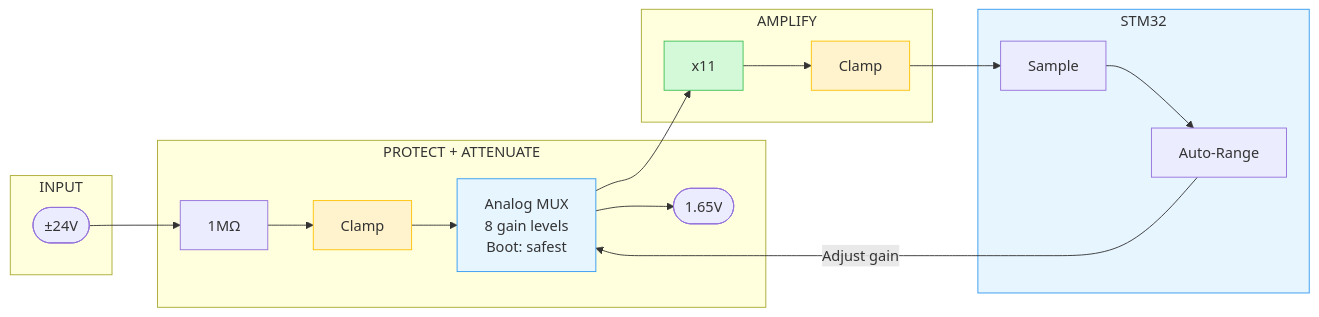
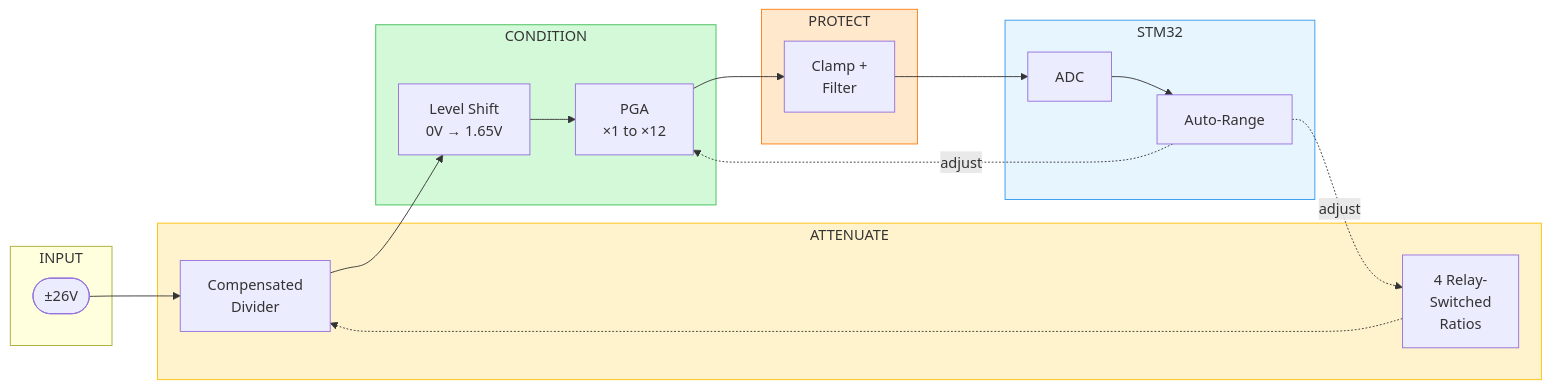
Before and after one commit to mohammadrezasafaeian/smart-wireless-oscilloscope: the third of 3 diagrams in README.md, drawn with Mermaid. The commit also changed other lines of this file, not shown here.

````diff
--- a/README.md
+++ b/README.md
@@ -115,34 +114,36 @@
 ```mermaid
 flowchart LR
     subgraph INPUT["INPUT"]
-        IN(["±24V"])
+        BNC(["±26V"])
     end
 
-    subgraph PROTECTION["PROTECT + ATTENUATE"]
-        R1["1MΩ"]
-        D1["Clamp"]
-        MUX["Analog MUX<br>8 gain levels<br>Boot: safest"]
-        VGND(["1.65V"])
+    subgraph ATTEN["ATTENUATE"]
+        DIV["Compensated<br>Divider"]
+        RELAY["4 Relay-<br>Switched<br>Ratios"]
     end
 
-    subgraph GAIN["AMPLIFY"]
-        AMP["x11"]
-        D2["Clamp"]
+    subgraph CONDITION["CONDITION"]
+        SHIFT["Level Shift<br>0V → 1.65V"]
+        PGA["PGA<br>×1 to ×12"]
+    end
+
+    subgraph PROTECT["PROTECT"]
+        CLAMP["Clamp +<br>Filter"]
     end
 
     subgraph MCU["STM32"]
-        ADC["Sample"]
+        ADC["ADC"]
         AUTO["Auto-Range"]
     end
 
-    IN --> R1 --> D1 --> MUX
-    MUX --> VGND
-    MUX --> AMP --> D2 --> ADC --> AUTO
-    AUTO -->|"Adjust gain"| MUX
+    BNC --> DIV
+    RELAY -.-> DIV
+    DIV --> SHIFT --> PGA --> CLAMP --> ADC --> AUTO
+    AUTO -.->|"adjust"| RELAY
+    AUTO -.->|"adjust"| PGA
 
-    style D1 fill:#fff3cd,stroke:#ffc107
-    style D2 fill:#fff3cd,stroke:#ffc107
-    style MUX fill:#e7f5ff,stroke:#339af0
-    style AMP fill:#d3f9d8,stroke:#40c057
+    style ATTEN fill:#fff3cd,stroke:#ffc107
+    style CONDITION fill:#d3f9d8,stroke:#40c057
+    style PROTECT fill:#ffe8cc,stroke:#fd7e14
     style MCU fill:#e7f5ff,stroke:#339af0
 ```
````
